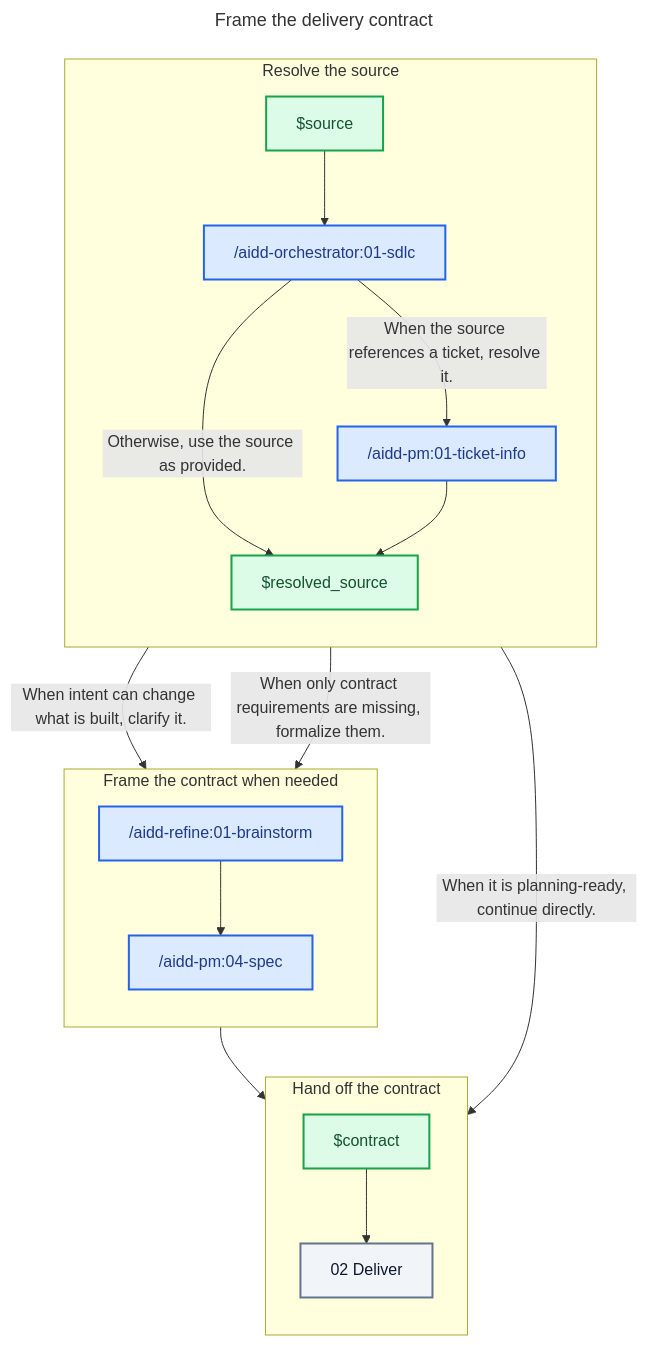
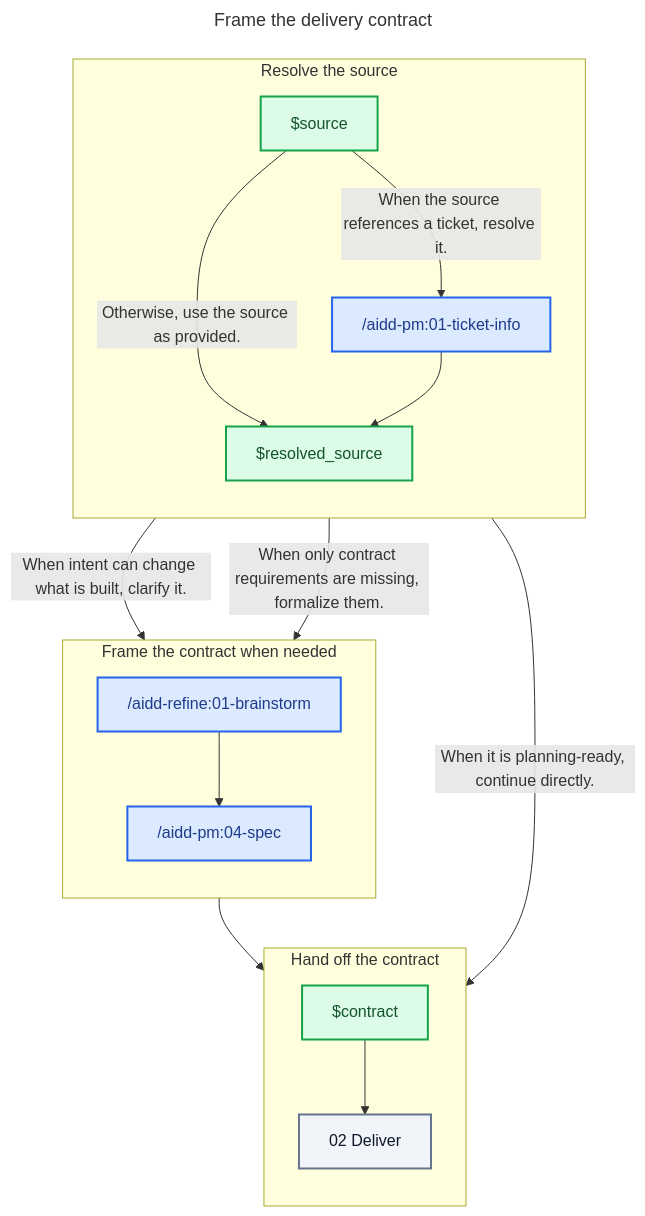
The diagram in plugins/aidd-orchestrator/skills/01-sdlc/references/01-frame.md (ai-driven-dev/aidd-framework), drawn with Mermaid before and after one commit. The commit also changed 3 other files, not shown here.

First line of the commit message:
refactor(orchestrator): remove SDLC self-references

````diff
--- a/plugins/aidd-orchestrator/skills/01-sdlc/references/01-frame.md
+++ b/plugins/aidd-orchestrator/skills/01-sdlc/references/01-frame.md
@@ -7,44 +7,42 @@
 ```mermaid
 ---
 title: Frame the delivery contract
 ---
 flowchart TD
   subgraph SourceStage["Resolve the source"]
     direction TB
     Source["$source"]
-    Sdlc["/aidd-orchestrator:01-sdlc"]
     Ticket["/aidd-pm:01-ticket-info"]
     ResolvedSource["$resolved_source"]
   end
 
   subgraph FrameStage["Frame the contract when needed"]
     direction TB
     Brainstorm["/aidd-refine:01-brainstorm"]
     Spec["/aidd-pm:04-spec"]
   end
 
   subgraph HandoffStage["Hand off the contract"]
     direction TB
     Contract["$contract"]
     Deliver["02 Deliver"]
   end
 
-  Source --> Sdlc
-  Sdlc -- "When the source references a ticket, resolve it." --> Ticket
-  Sdlc -- "Otherwise, use the source as provided." --> ResolvedSource
+  Source -- "When the source references a ticket, resolve it." --> Ticket
+  Source -- "Otherwise, use the source as provided." --> ResolvedSource
   Ticket --> ResolvedSource
   ResolvedSource -- "When it is planning-ready, continue directly." --> Contract
   ResolvedSource -- "When intent can change what is built, clarify it." --> Brainstorm
   ResolvedSource -- "When only contract requirements are missing, formalize them." --> Spec
   Brainstorm --> Spec
   Spec --> Contract
   Contract --> Deliver
 
   classDef skill fill:#DBEAFE,stroke:#2563EB,color:#1E3A8A,stroke-width:2px
   classDef artifact fill:#DCFCE7,stroke:#16A34A,color:#14532D,stroke-width:2px
   classDef zone fill:#F1F5F9,stroke:#64748B,color:#0F172A,stroke-width:2px
 
-  class Sdlc,Ticket,Brainstorm,Spec skill
+  class Ticket,Brainstorm,Spec skill
   class Source,ResolvedSource,Contract artifact
   class Deliver zone
 ```
````
